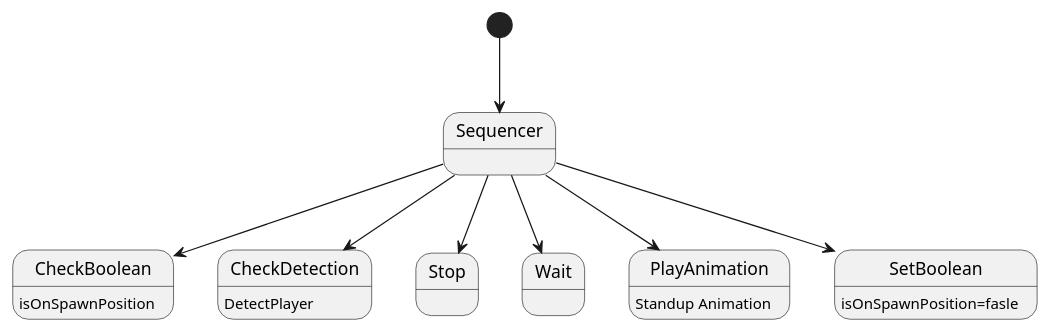
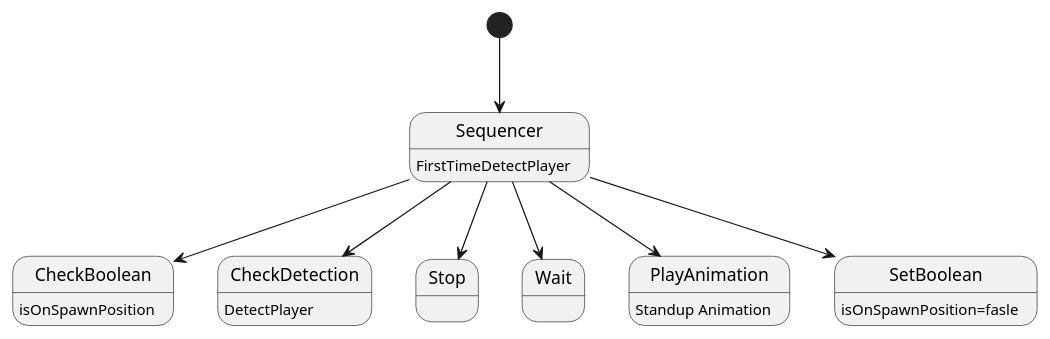
Before and after one commit to onedeo/Portfolio: the diagram in 04. Portfolio/개발문서/BehaviourTree/Movement/FirstTimeDetectPlayer.puml, drawn with PlantUML. The commit also changed 4 other files, not shown here.

```diff
--- a/04. Portfolio/개발문서/BehaviourTree/Movement/FirstTimeDetectPlayer.puml
+++ b/04. Portfolio/개발문서/BehaviourTree/Movement/FirstTimeDetectPlayer.puml
@@ -1,15 +1,16 @@
 @startuml
 
 [*]-->Sequencer
 Sequencer-->CheckBoolean
+Sequencer : FirstTimeDetectPlayer
 CheckBoolean : isOnSpawnPosition
 Sequencer-->CheckDetection
 CheckDetection : DetectPlayer
 Sequencer-->Stop
 Sequencer-->Wait
 Sequencer-->PlayAnimation
 PlayAnimation : Standup Animation
 Sequencer-->SetBoolean
 SetBoolean : isOnSpawnPosition=fasle
 
 @enduml
```
